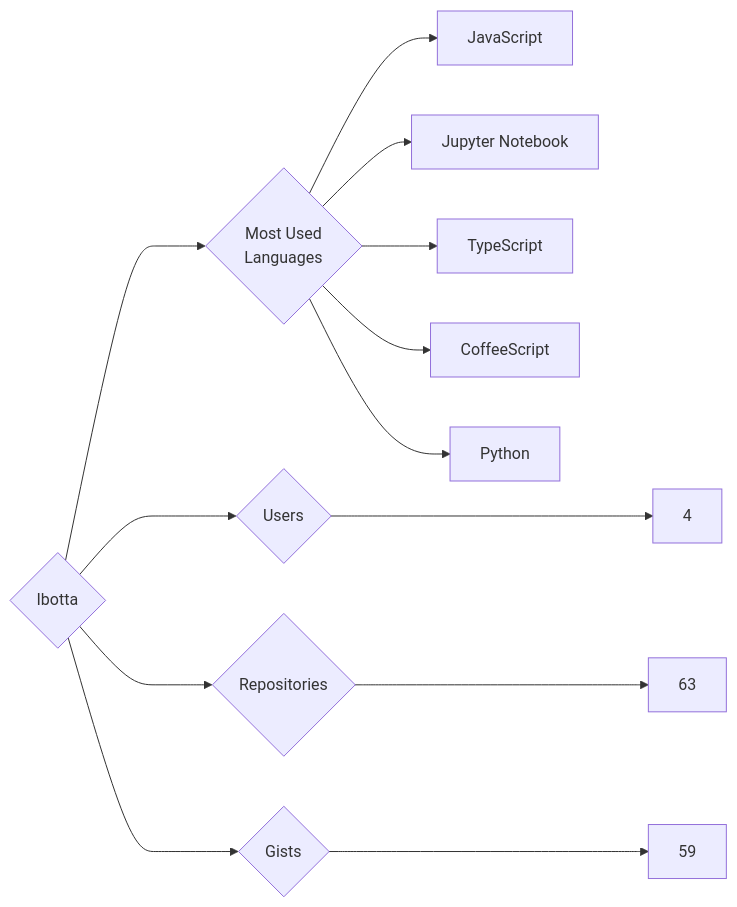
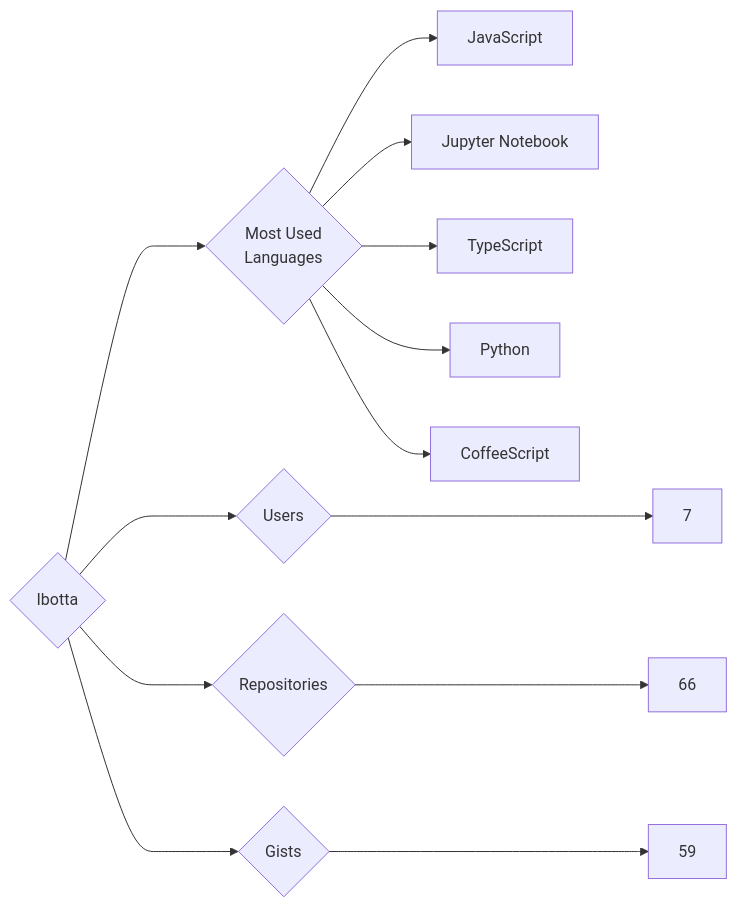
The diagram in targets/Ibotta/README.md (trickest/insiders), drawn with Mermaid before and after one commit. The commit also changed 618 other files, not shown here.

````diff
--- a/targets/Ibotta/README.md
+++ b/targets/Ibotta/README.md
@@ -3,13 +3,13 @@
 ```mermaid
 graph LR
 COMPANY_NAME{Ibotta}
-COMPANY_NAME ---> U{Users} ---> UN[4]
-COMPANY_NAME ---> R{Repositories} ---> RN[63]
+COMPANY_NAME ---> U{Users} ---> UN[7]
+COMPANY_NAME ---> R{Repositories} ---> RN[66]
 COMPANY_NAME ---> G{Gists} ---> GN[59]
 COMPANY_NAME ---> ML{Most Used<br>Languages}
 ML --> JavaScript[JavaScript]
 ML --> Jupyter_Notebook[Jupyter Notebook]
 ML --> TypeScript[TypeScript]
+ML --> Python[Python]
 ML --> CoffeeScript[CoffeeScript]
-ML --> Python[Python]
 ```
````
